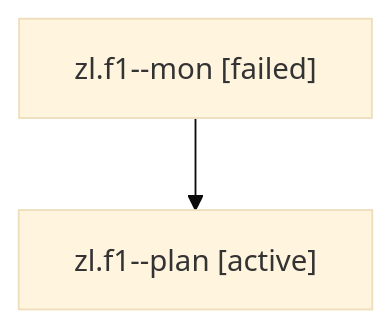
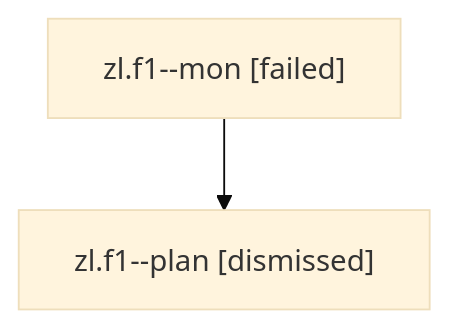
Before and after one commit to sase-org/sase--agents: the diagram in sessions/bbugyi200.athena.zl.f1.md, drawn with Mermaid (base theme). The commit also changed other lines of this file and 35 other files, not shown here.

````diff
--- a/sessions/bbugyi200.athena.zl.f1.md
+++ b/sessions/bbugyi200.athena.zl.f1.md
@@ -9,6 +9,6 @@
 ```mermaid
 flowchart TD
   n0["zl.f1--mon [failed]"]
-  n1["zl.f1--plan [active]"]
+  n1["zl.f1--plan [dismissed]"]
   n0 --> n1
 ```
````
